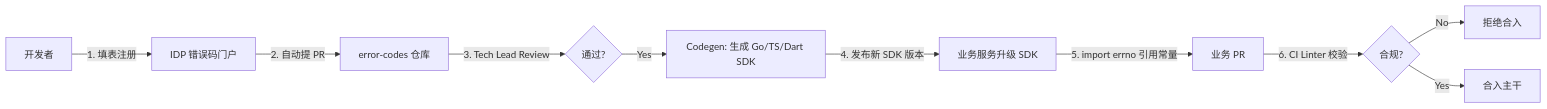
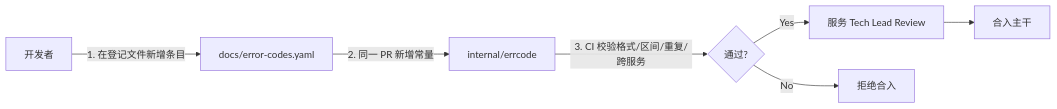
One commit to kary2999/standards-v2 changed the diagram in error-codes.md. Above: the diagram before and after it, drawn with Mermaid. The commit also changed other lines of this file and 13 other files, not shown here.

````diff
--- a/error-codes.md
+++ b/error-codes.md
@@ -92,12 +89,9 @@
 ```mermaid
 graph LR
-    A[开发者] -- 1. 填表注册 --> B[IDP 错误码门户]
-    B -- 2. 自动提 PR --> C[error-codes 仓库]
-    C -- 3. Tech Lead Review --> D{通过?}
-    D -- Yes --> E[Codegen: 生成 Go/TS/Dart SDK]
-    E -- 4. 发布新 SDK 版本 --> F[业务服务升级 SDK]
-    F -- 5. import errno 引用常量 --> G[业务 PR]
-    G -- 6. CI Linter 校验 --> H{合规?}
-    H -- No --> I[拒绝合入]
-    H -- Yes --> J[合入主干]
+    A[开发者] -- 1. 在登记文件新增条目 --> B[docs/error-codes.yaml]
+    B -- 2. 同一 PR 新增常量 --> C[internal/errcode]
+    C -- 3. CI 校验格式/区间/重复/跨服务 --> D{通过?}
+    D -- Yes --> E[服务 Tech Lead Review]
+    D -- No --> F[拒绝合入]
+    E --> G[合入主干]
 ```
````
